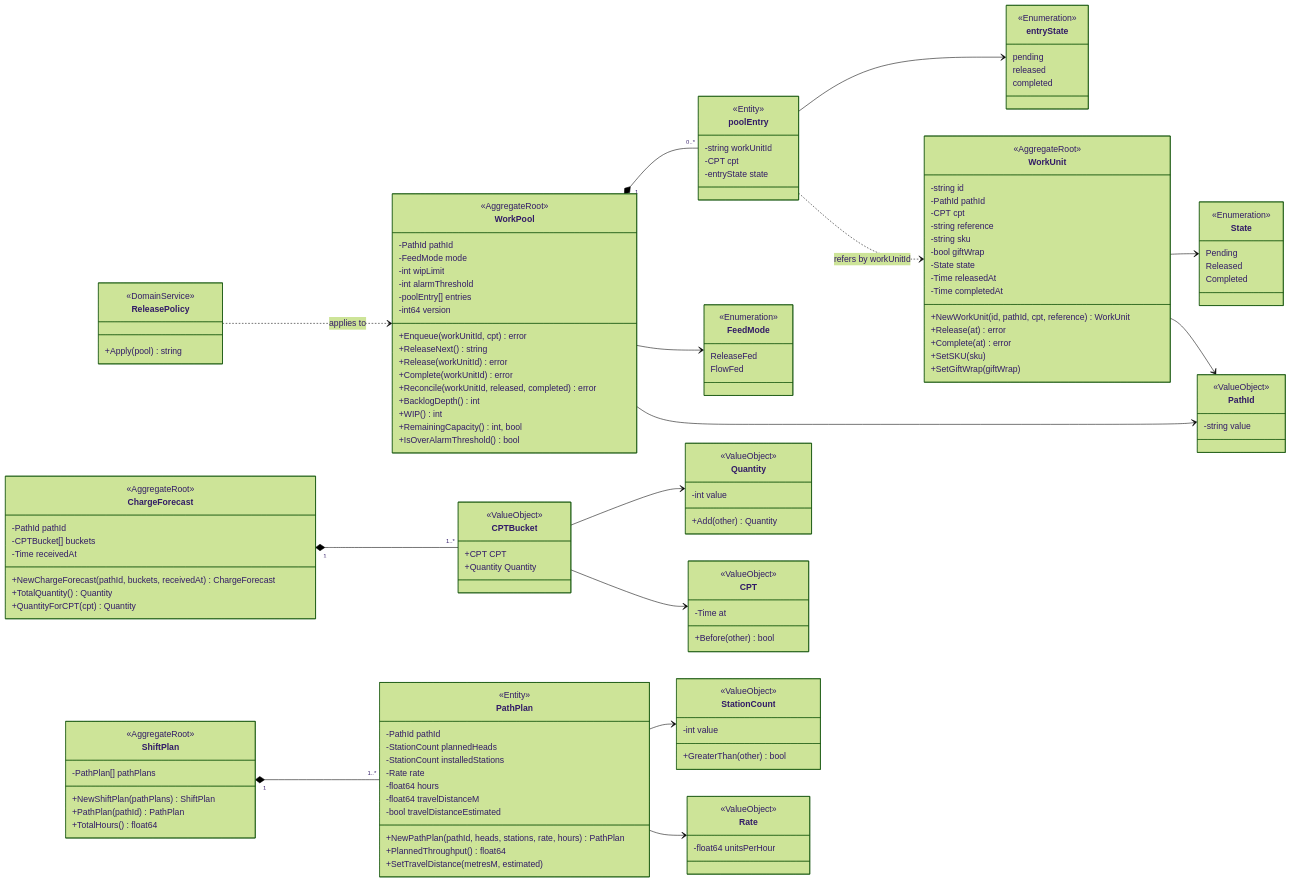
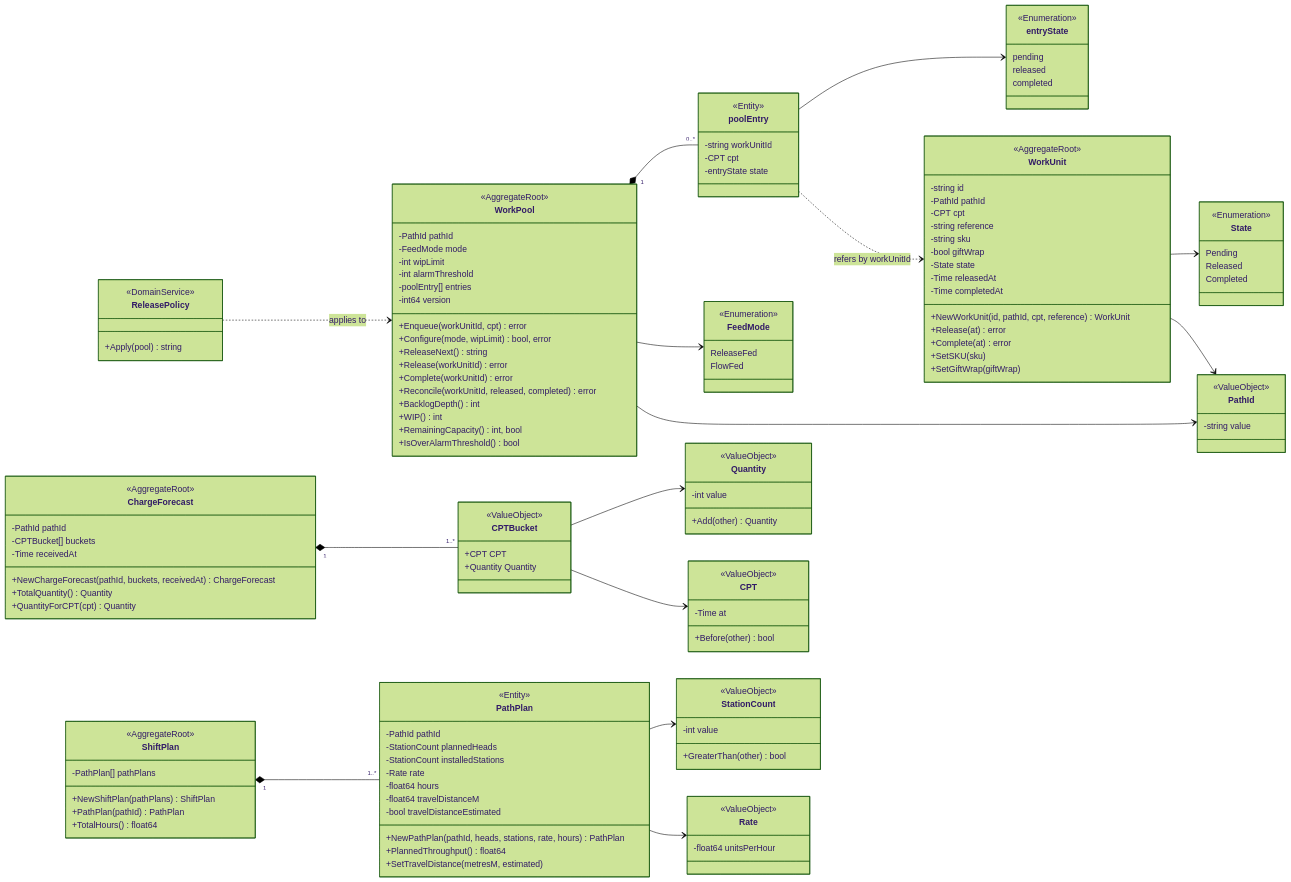
Before and after one commit to IQVO/warehouse-docs: the first of 5 diagrams in docs/contexts/wes-work-planning/class-diagram.md, drawn with Mermaid (forest theme). The commit also changed other lines of this file and 318 other files, not shown here.

```diff
--- a/docs/contexts/wes-work-planning/class-diagram.md
+++ b/docs/contexts/wes-work-planning/class-diagram.md
@@ -73,6 +73,7 @@
         -poolEntry[] entries
         -int64 version
         +Enqueue(workUnitId, cpt) error
+        +Configure(mode, wipLimit) bool, error
         +ReleaseNext() string
         +Release(workUnitId) error
         +Complete(workUnitId) error
```
